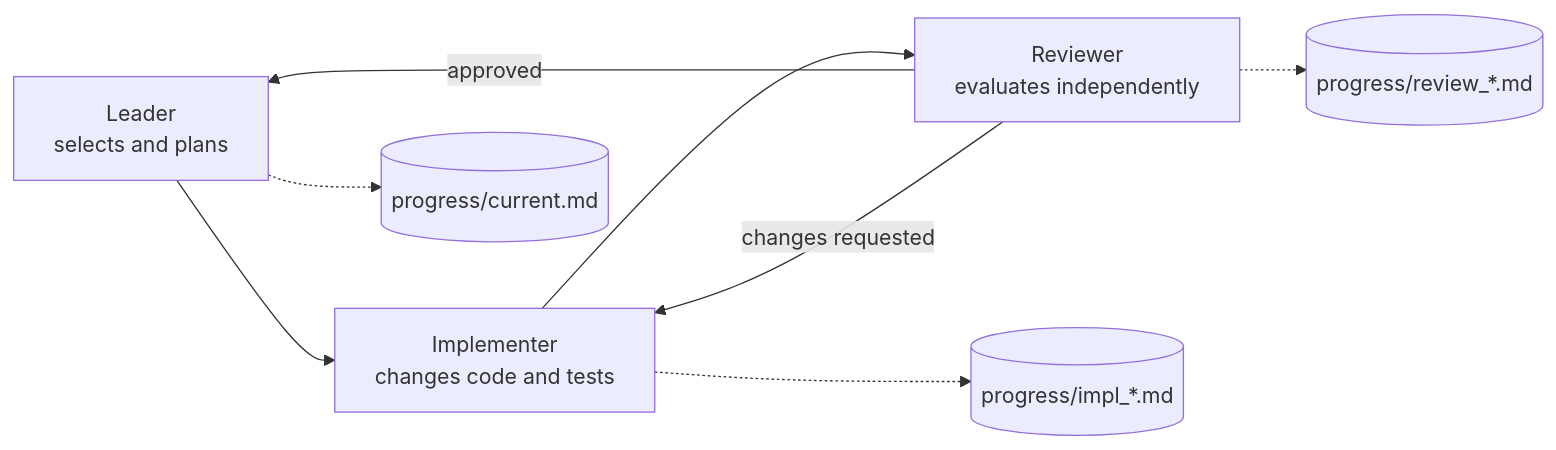
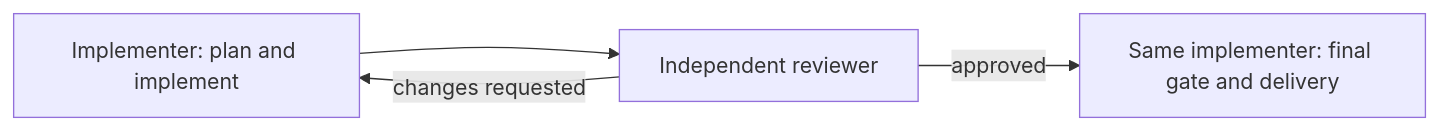
One commit to kilinkis/harness-bootstrap changed the diagram in README.md. Above: the diagram before and after it, drawn with Mermaid. The commit also changed other lines of this file and 26 other files, not shown here.

````diff
--- a/README.md
+++ b/README.md
@@ -71,11 +71,6 @@
 ```mermaid
 flowchart LR
-    leader[Leader<br/>selects and plans] --> implementer[Implementer<br/>changes code and tests]
-    implementer --> reviewer[Reviewer<br/>evaluates independently]
-    reviewer -->|approved| leader
+    implementer[Implementer: plan and implement] --> reviewer[Independent reviewer]
     reviewer -->|changes requested| implementer
-
-    leader -.-> current[(progress/current.md)]
-    implementer -.-> implementation[(progress/impl_*.md)]
-    reviewer -.-> review[(progress/review_*.md)]
+    reviewer -->|approved| delivery[Same implementer: final gate and delivery]
 ```
````
